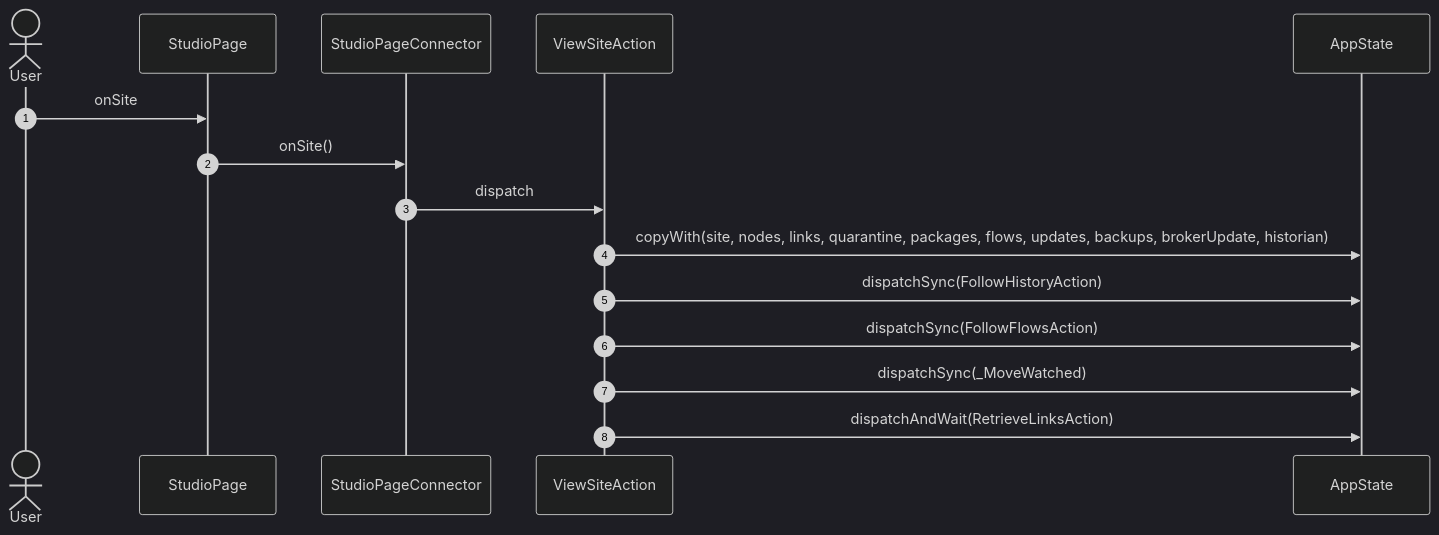
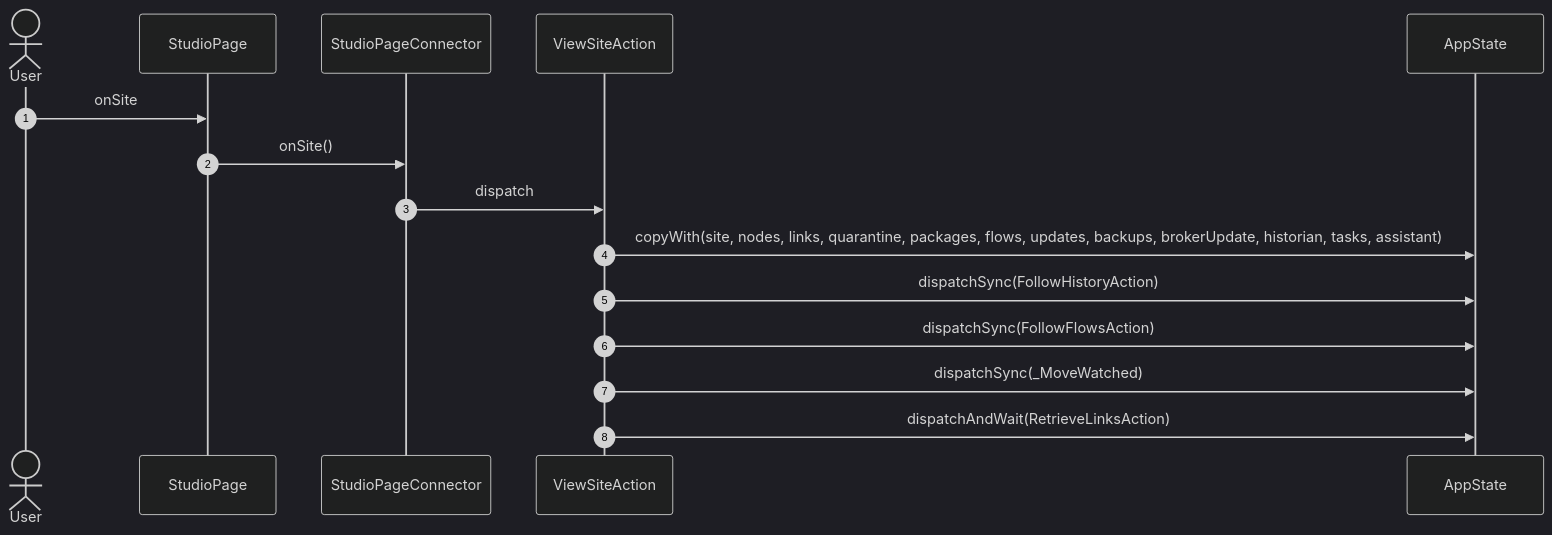
Before and after one commit to gencto/wyrm: the fourth of 13 diagrams in studio/docs/flows/studio.md, drawn with Mermaid (dark theme). The commit also changed other lines of this file and 23 other files, not shown here.

First line of the commit message:
studio: the Assistant counts the steps the agent runs, approves what was shown, and follows the site

````diff
--- a/studio/docs/flows/studio.md
+++ b/studio/docs/flows/studio.md
@@ -63,18 +63,18 @@
 ```mermaid
 sequenceDiagram
     autonumber
     actor User
     participant UI as StudioPage
     participant VM as StudioPageConnector
     participant A1 as ViewSiteAction
     participant ST as AppState
 
     User->>UI: onSite
     UI->>VM: onSite()
     VM->>A1: dispatch
-    A1->>ST: copyWith(site, nodes, links, quarantine, packages, flows, updates, backups, brokerUpdate, historian)
+    A1->>ST: copyWith(site, nodes, links, quarantine, packages, flows, updates, backups, brokerUpdate, historian, tasks, assistant)
     A1->>ST: dispatchSync(FollowHistoryAction)
     A1->>ST: dispatchSync(FollowFlowsAction)
     A1->>ST: dispatchSync(_MoveWatched)
     A1->>ST: dispatchAndWait(RetrieveLinksAction)
 ```
````
